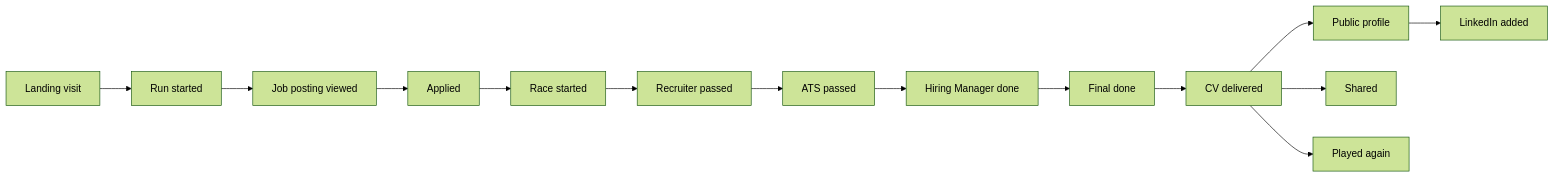
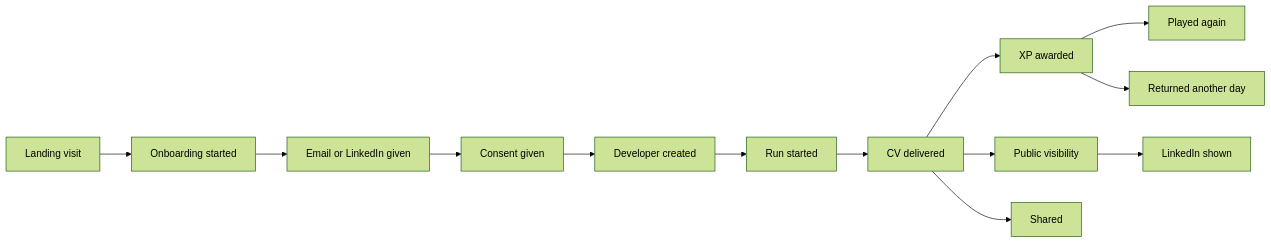
One commit to ricardoverita/cv-rush changed the diagram in docs/product/success-metrics.md. Above: the diagram before and after it, drawn with Mermaid (forest theme). The commit also changed other lines of this file and 39 other files, not shown here.

````diff
--- a/docs/product/success-metrics.md
+++ b/docs/product/success-metrics.md
@@ -65,8 +62,9 @@
 ```mermaid
 flowchart LR
-  visit["Landing visit"] --> start["Run started"] --> job["Job posting viewed"] --> applied["Applied"] --> race["Race started"]
-  race --> recruiter["Recruiter passed"] --> ats["ATS passed"] --> hm["Hiring Manager done"] --> final["Final done"] --> delivered["CV delivered"]
-  delivered --> optin["Public profile"] --> linkedin["LinkedIn added"]
+  visit["Landing visit"] --> onboarding["Onboarding started"] --> identity["Email or LinkedIn given"] --> consent["Consent given"] --> created["Developer created"]
+  created --> started["Run started"] --> delivered["CV delivered"] --> xp["XP awarded"]
+  xp --> again["Played again"]
+  xp --> returned["Returned another day"]
+  delivered --> public["Public visibility"] --> linkedin["LinkedIn shown"]
   delivered --> shared["Shared"]
-  delivered --> replay["Played again"]
 ```
````
